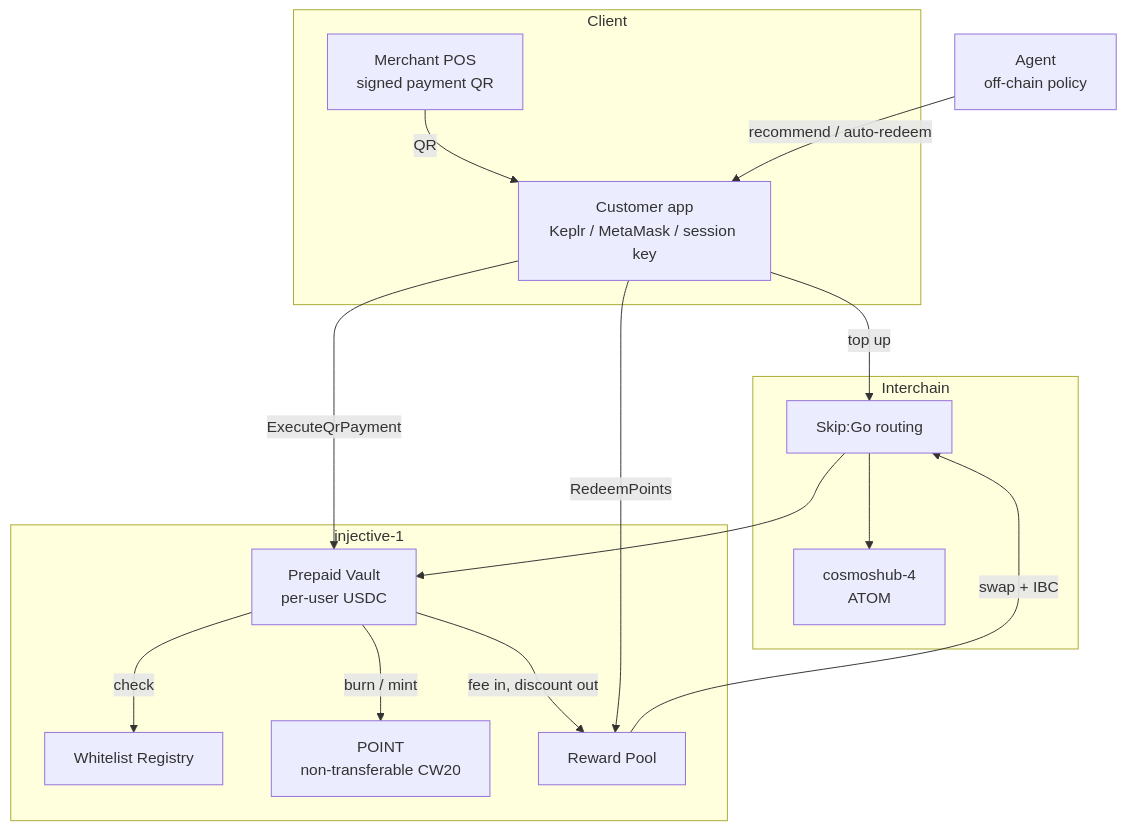
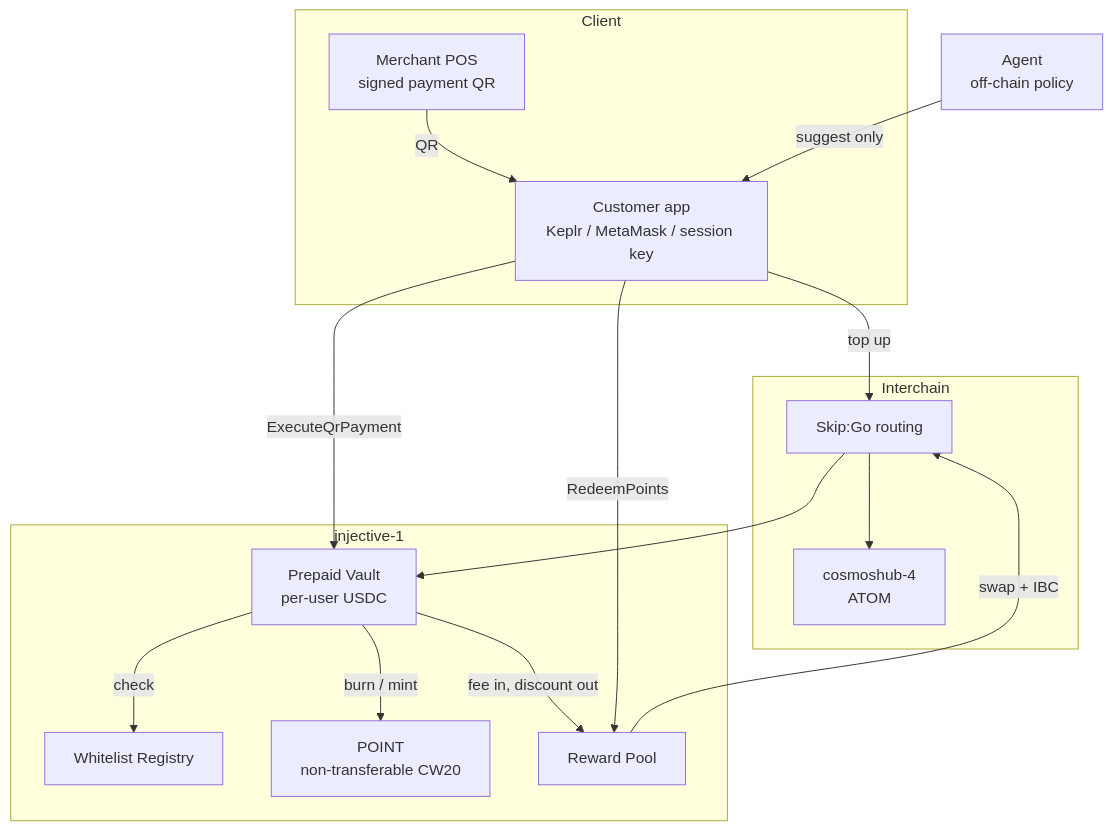
One commit to heejekim12/agentic-qr-payment changed the diagram in README.md. Above: the diagram before and after it, drawn with Mermaid. The commit also changed other lines of this file and 5 other files, not shown here.

````diff
--- a/README.md
+++ b/README.md
@@ -41,28 +41,28 @@
 ```mermaid
 flowchart TB
   subgraph Client
     APP[Customer app<br/>Keplr / MetaMask / session key]
     POS[Merchant POS<br/>signed payment QR]
   end
   subgraph injective-1
     VAULT[Prepaid Vault<br/>per-user USDC]
     REG[Whitelist Registry]
     PT[POINT<br/>non-transferable CW20]
     POOL[Reward Pool]
   end
   subgraph Interchain
     SKIP[Skip:Go routing]
     HUB[cosmoshub-4<br/>ATOM]
   end
   AGENT[Agent<br/>off-chain policy]
 
   APP -- top up --> SKIP --> VAULT
   POS -- QR --> APP
   APP -- ExecuteQrPayment --> VAULT
   VAULT -- check --> REG
   VAULT -- burn / mint --> PT
   VAULT -- fee in, discount out --> POOL
   APP -- RedeemPoints --> POOL
   POOL -- swap + IBC --> SKIP --> HUB
-  AGENT -- recommend / auto-redeem --> APP
+  AGENT -- suggest only --> APP
 ```
````
